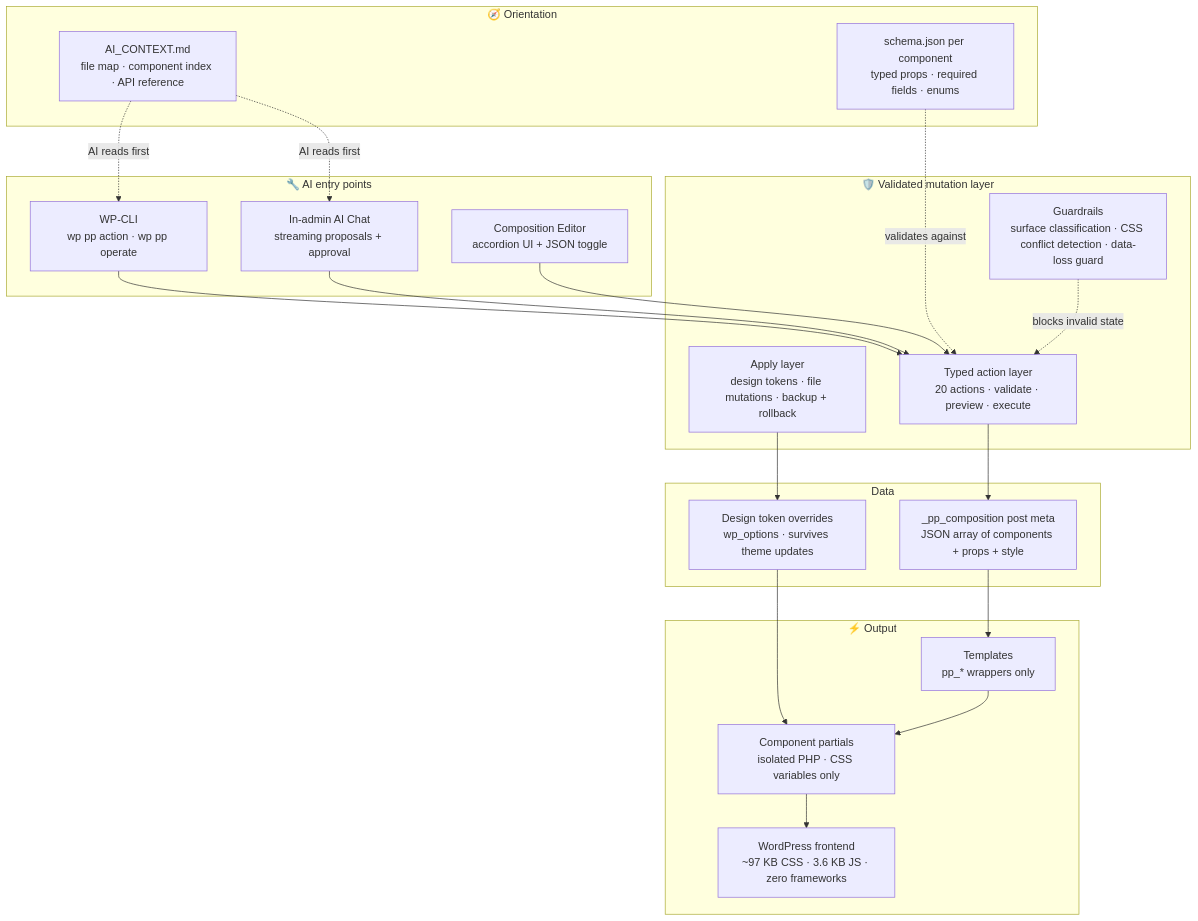
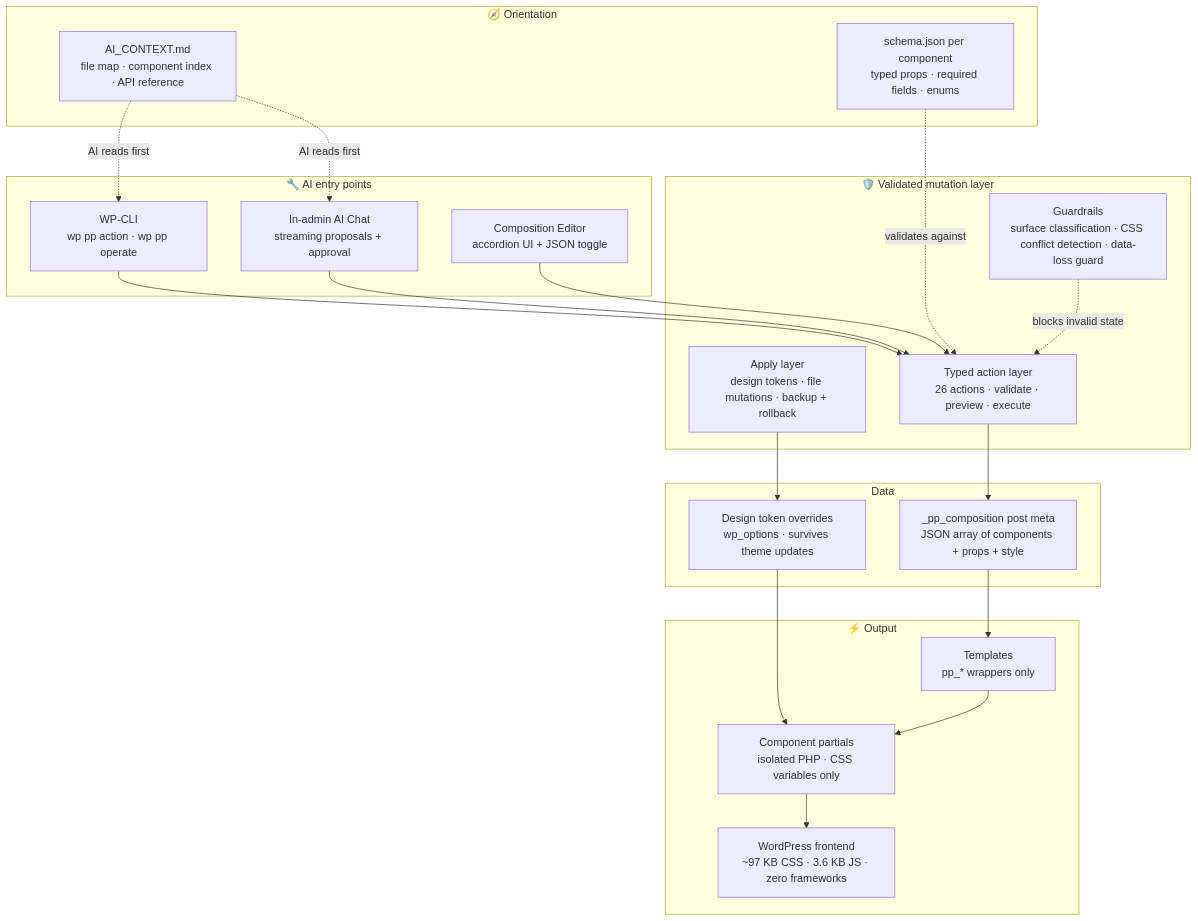
One commit to FJCF76/PromptingPress changed the diagram in README.md. Above: the diagram before and after it, drawn with Mermaid. The commit also changed other lines of this file and 2 other files, not shown here.

Commit message:
docs: the action contract had not counted the two new verbs (#1016)
/document-release found the model-facing action table missing rows for
save_preset and delete_preset. The runtime context already carries their
full description and semantics from the registry, so a model reading the
live context was never blind to them -- but AI_CONTEXT.md's Actions table
is what a reader of the REPO sees, and it listed neither.

Add a row for each, carrying the params, the one-preset write grain, and
the two STATE refusals delete_preset owns (preset_in_use,
preset_scan_unreadable), which no document named anywhere.

The registered-action count was stale in four places at "20" -- drift that
predates this branch, since the real count was 24 before it and is 26 now.
Corrected all four to the number the suite asserts rather than leaving a
number already known to be wrong.

Docs only; the suite is unchanged at 5098/30125/11/2.

````diff
--- a/README.md
+++ b/README.md
@@ -130,44 +130,44 @@
 ```mermaid
 flowchart TD
     subgraph Entry["🔧 AI entry points"]
         CLI["WP-CLI\nwp pp action · wp pp operate"]
         Chat["In-admin AI Chat\nstreaming proposals + approval"]
         Editor["Composition Editor\naccordion UI + JSON toggle"]
     end
 
     subgraph Orient["🧭 Orientation"]
         CTX["AI_CONTEXT.md\nfile map · component index · API reference"]
         Schema["schema.json per component\ntyped props · required fields · enums"]
     end
 
     subgraph Mutation["🛡️ Validated mutation layer"]
-        Action["Typed action layer\n20 actions · validate · preview · execute"]
+        Action["Typed action layer\n26 actions · validate · preview · execute"]
         Apply["Apply layer\ndesign tokens · file mutations · backup + rollback"]
         Guard["Guardrails\nsurface classification · CSS conflict detection · data-loss guard"]
     end
 
     subgraph Storage["Data"]
         Comp["_pp_composition post meta\nJSON array of components + props + style"]
         Tokens["Design token overrides\nwp_options · survives theme updates"]
     end
 
     subgraph Render["⚡ Output"]
         Templates["Templates\npp_* wrappers only"]
         Components["Component partials\nisolated PHP · CSS variables only"]
         Frontend["WordPress frontend\n~97 KB CSS · 3.6 KB JS · zero frameworks"]
     end
 
     CLI --> Action
     Chat --> Action
     Editor --> Action
     CTX -.->|"AI reads first"| CLI
     CTX -.->|"AI reads first"| Chat
     Schema -.->|"validates against"| Action
     Action --> Comp
     Apply --> Tokens
     Guard -.->|"blocks invalid state"| Action
     Comp --> Templates
     Tokens --> Components
     Templates --> Components
     Components --> Frontend
 ```
````
